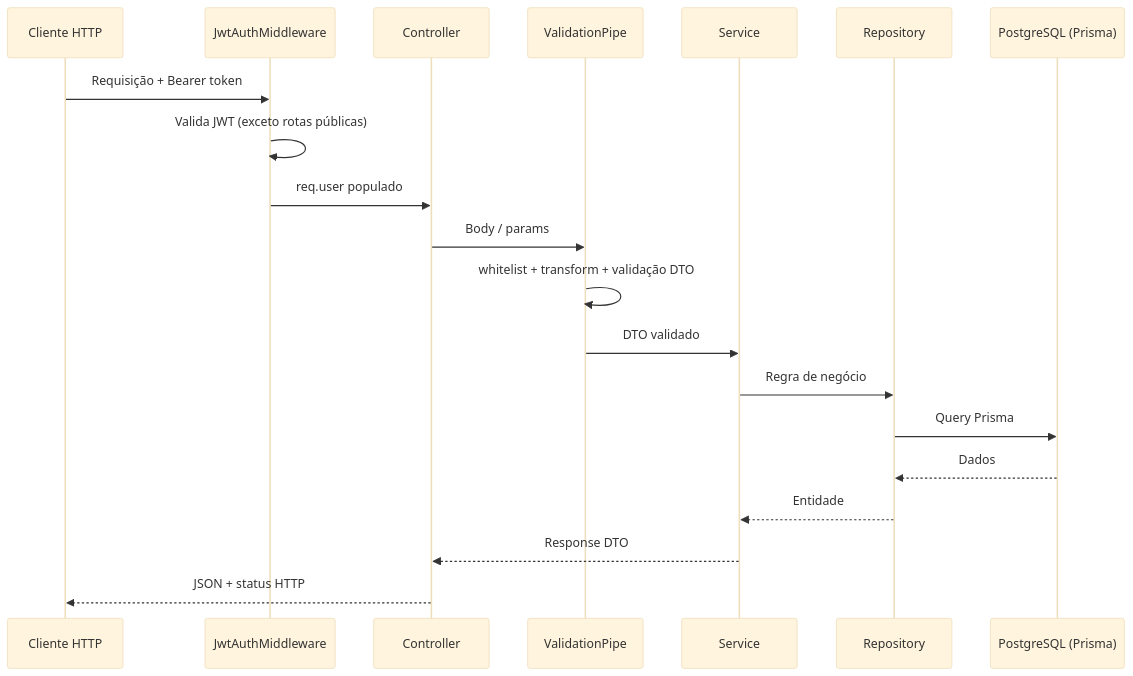
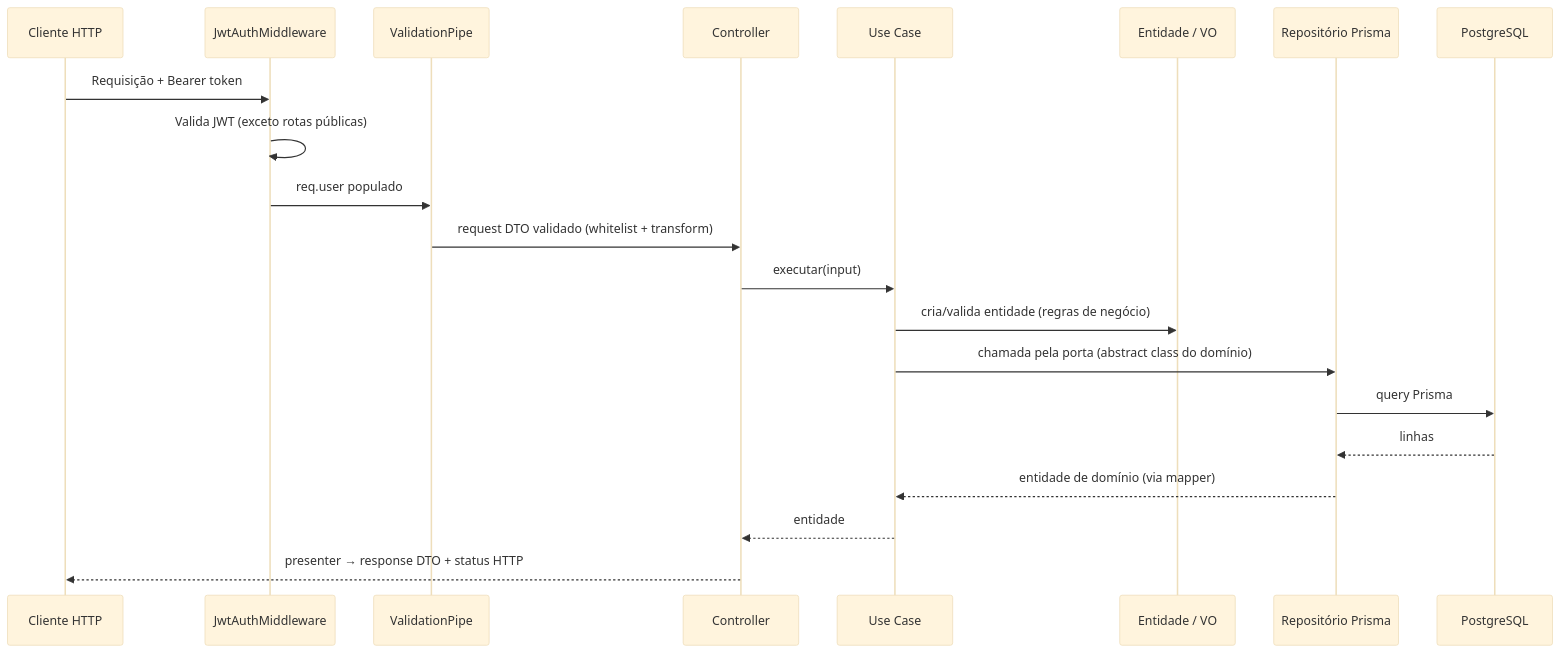
Before and after one commit to pedruvaz/tech-challenge-fiap: the second of 3 diagrams in docs/01-arquitetura.md, drawn with Mermaid (base theme). The commit also changed other lines of this file, not shown here.

Commit message:
docs: update architecture doc to reflect clean architecture refactor

````diff
--- a/docs/01-arquitetura.md
+++ b/docs/01-arquitetura.md
@@ -116,23 +124,24 @@
 ```mermaid
 sequenceDiagram
     participant C as Cliente HTTP
     participant MW as JwtAuthMiddleware
+    participant VP as ValidationPipe
     participant CT as Controller
-    participant VP as ValidationPipe
-    participant SV as Service
-    participant RP as Repository
-    participant DB as PostgreSQL (Prisma)
+    participant UC as Use Case
+    participant DOM as Entidade / VO
+    participant RP as Repositório Prisma
+    participant DB as PostgreSQL
 
     C->>MW: Requisição + Bearer token
     MW->>MW: Valida JWT (exceto rotas públicas)
-    MW->>CT: req.user populado
-    CT->>VP: Body / params
-    VP->>VP: whitelist + transform + validação DTO
-    VP->>SV: DTO validado
-    SV->>RP: Regra de negócio
-    RP->>DB: Query Prisma
-    DB-->>RP: Dados
-    RP-->>SV: Entidade
-    SV-->>CT: Response DTO
-    CT-->>C: JSON + status HTTP
+    MW->>VP: req.user populado
+    VP->>CT: request DTO validado (whitelist + transform)
+    CT->>UC: executar(input)
+    UC->>DOM: cria/valida entidade (regras de negócio)
+    UC->>RP: chamada pela porta (abstract class do domínio)
+    RP->>DB: query Prisma
+    DB-->>RP: linhas
+    RP-->>UC: entidade de domínio (via mapper)
+    UC-->>CT: entidade
+    CT-->>C: presenter → response DTO + status HTTP
 ```
````
